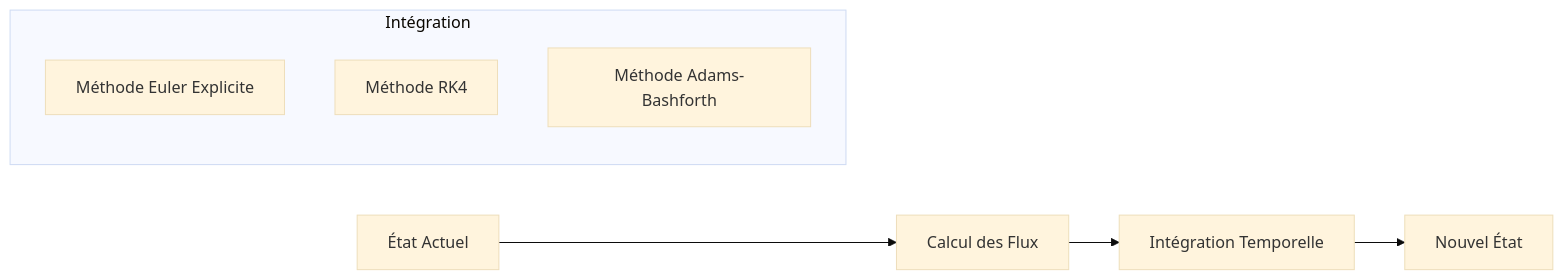
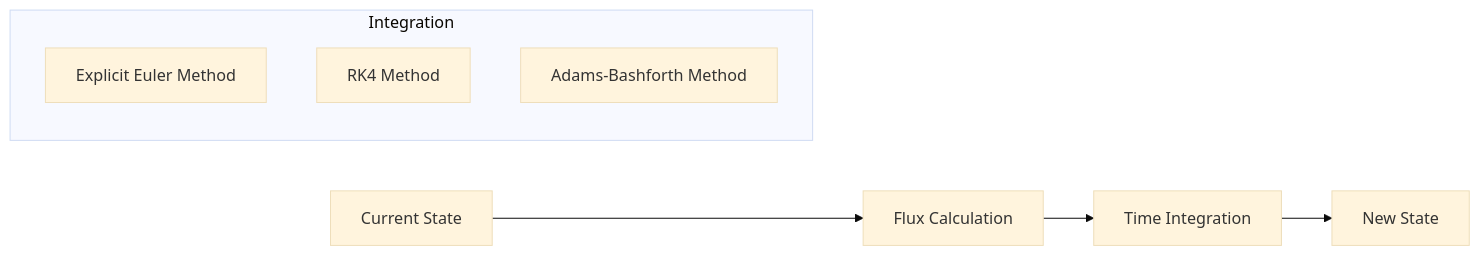
The ninth of 19 diagrams in docs/numerical_schemes.md (sbstndb/samurai), drawn with Mermaid (base theme) before and after one commit. The commit also changed other lines of this file and 8 other files, not shown here.

````diff
--- a/docs/numerical_schemes.md
+++ b/docs/numerical_schemes.md
@@ -275,12 +275,12 @@
 ```mermaid
 graph LR
-    A[État Actuel] --> B[Calcul des Flux]
-    B --> C[Intégration Temporelle]
-    C --> D[Nouvel État]
+    A[Current State] --> B[Flux Calculation]
+    B --> C[Time Integration]
+    C --> D[New State]
     
-    subgraph "Intégration"
-        E[Méthode Euler Explicite]
-        F[Méthode RK4]
-        G[Méthode Adams-Bashforth]
+    subgraph "Integration"
+        E[Explicit Euler Method]
+        F[RK4 Method]
+        G[Adams-Bashforth Method]
     end
 ```
````
